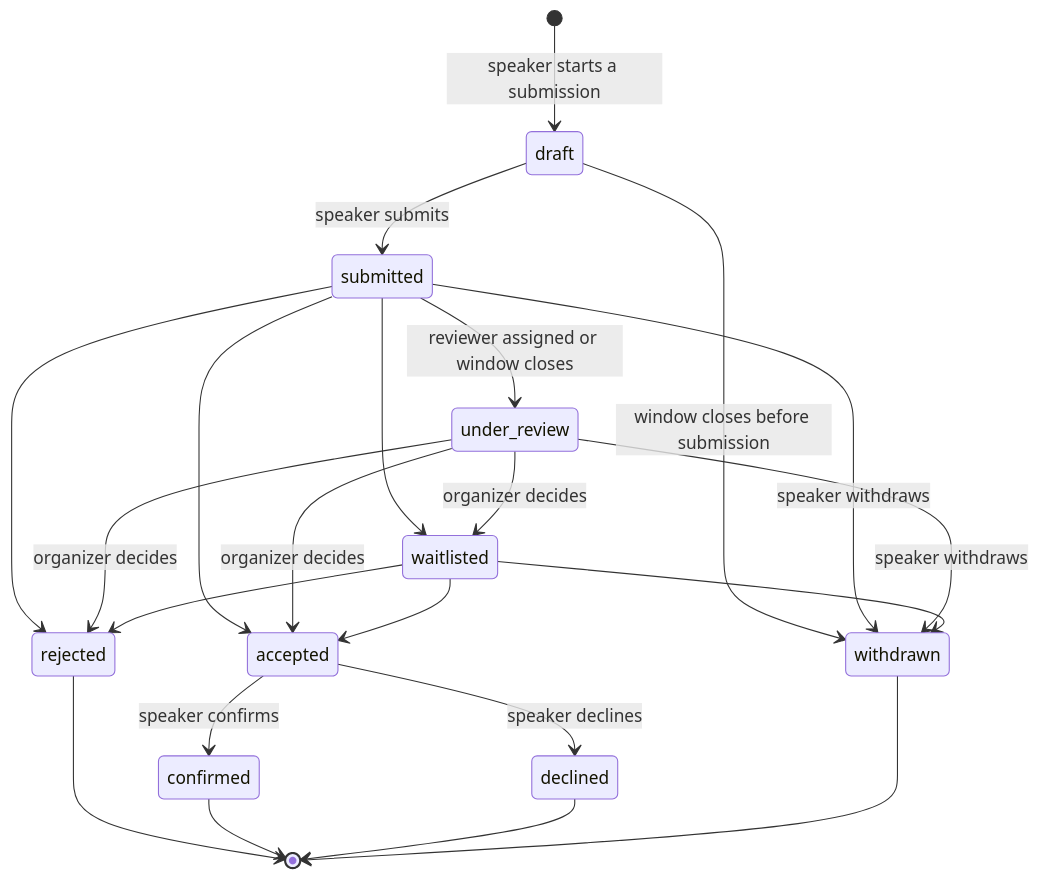
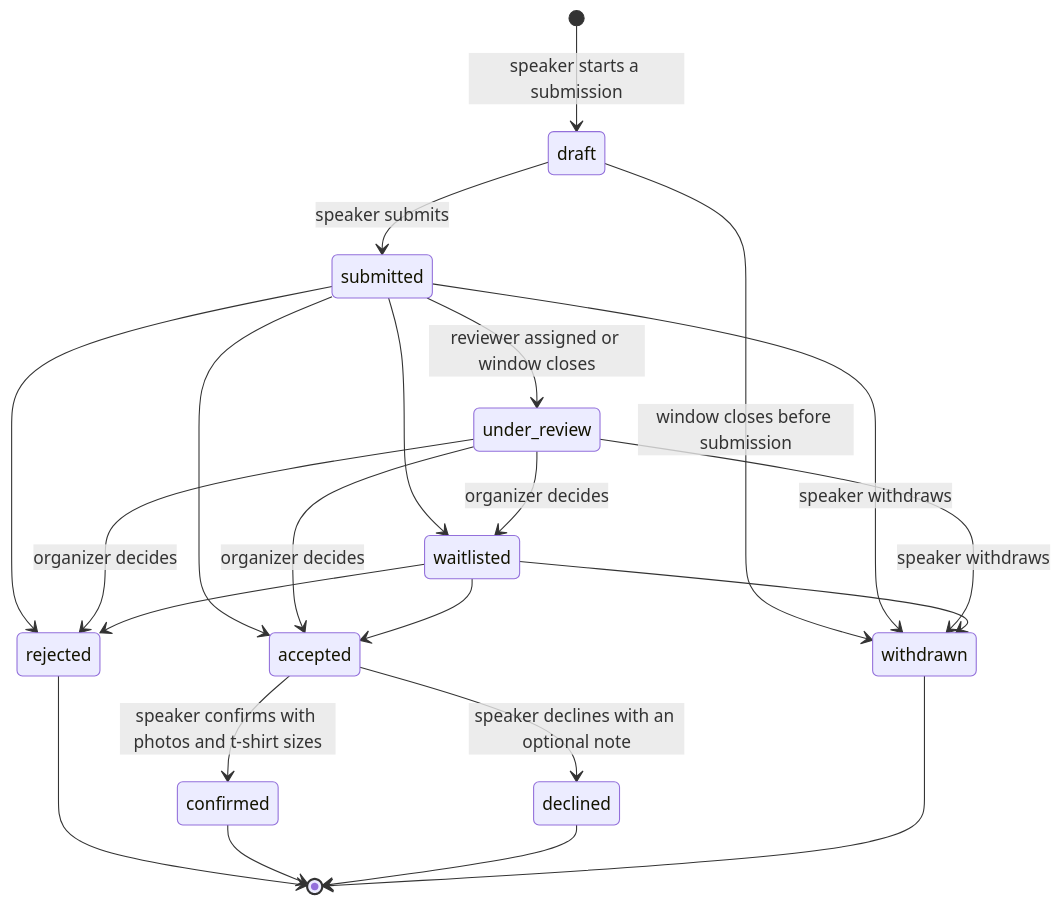
Before and after one commit to RStankov/ConferenceBox: the first of 3 diagrams in docs/cfp.md, drawn with Mermaid. The commit also changed other lines of this file and 5 other files, not shown here.

````diff
--- a/docs/cfp.md
+++ b/docs/cfp.md
@@ -23,24 +23,24 @@
 ```mermaid
 stateDiagram-v2
     [*] --> draft: speaker starts a submission
     draft --> submitted: speaker submits
     draft --> withdrawn: window closes before submission
     submitted --> under_review: reviewer assigned or window closes
     submitted --> withdrawn: speaker withdraws
     submitted --> accepted
     submitted --> rejected
     submitted --> waitlisted
     under_review --> accepted: organizer decides
     under_review --> rejected: organizer decides
     under_review --> waitlisted: organizer decides
     under_review --> withdrawn: speaker withdraws
     waitlisted --> accepted
     waitlisted --> rejected
     waitlisted --> withdrawn
-    accepted --> confirmed: speaker confirms
-    accepted --> declined: speaker declines
+    accepted --> confirmed: speaker confirms with photos and t-shirt sizes
+    accepted --> declined: speaker declines with an optional note
     rejected --> [*]
     confirmed --> [*]
     declined --> [*]
     withdrawn --> [*]
 ```
````
